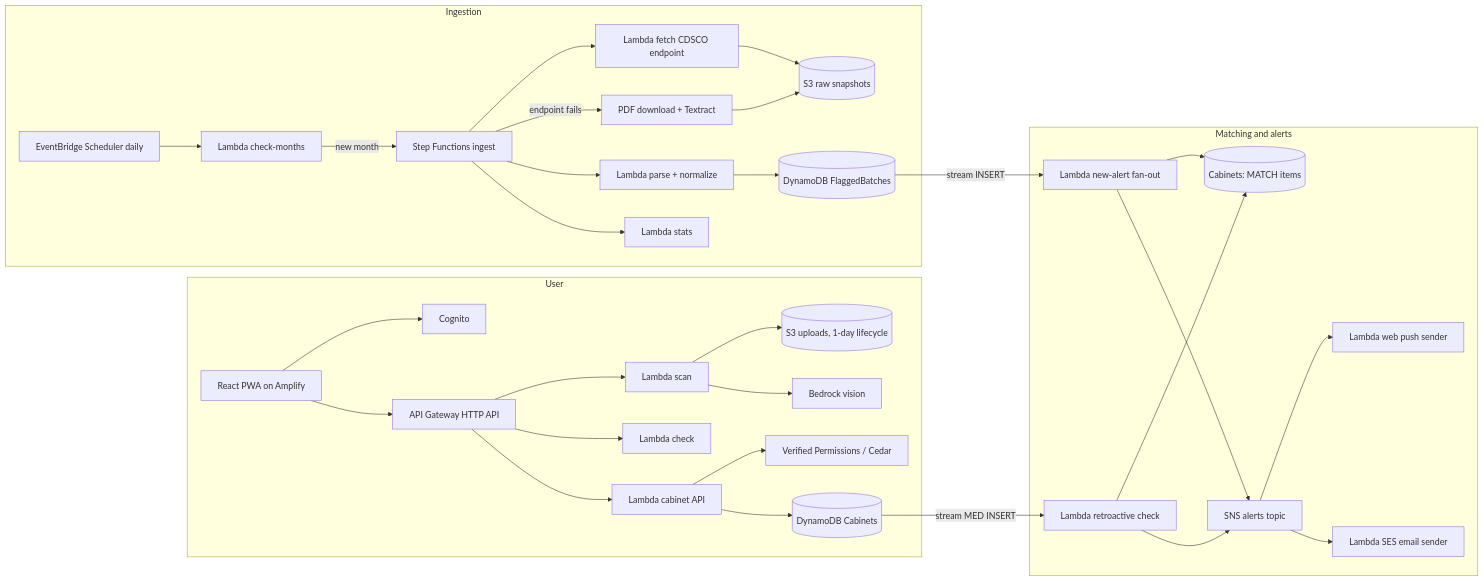
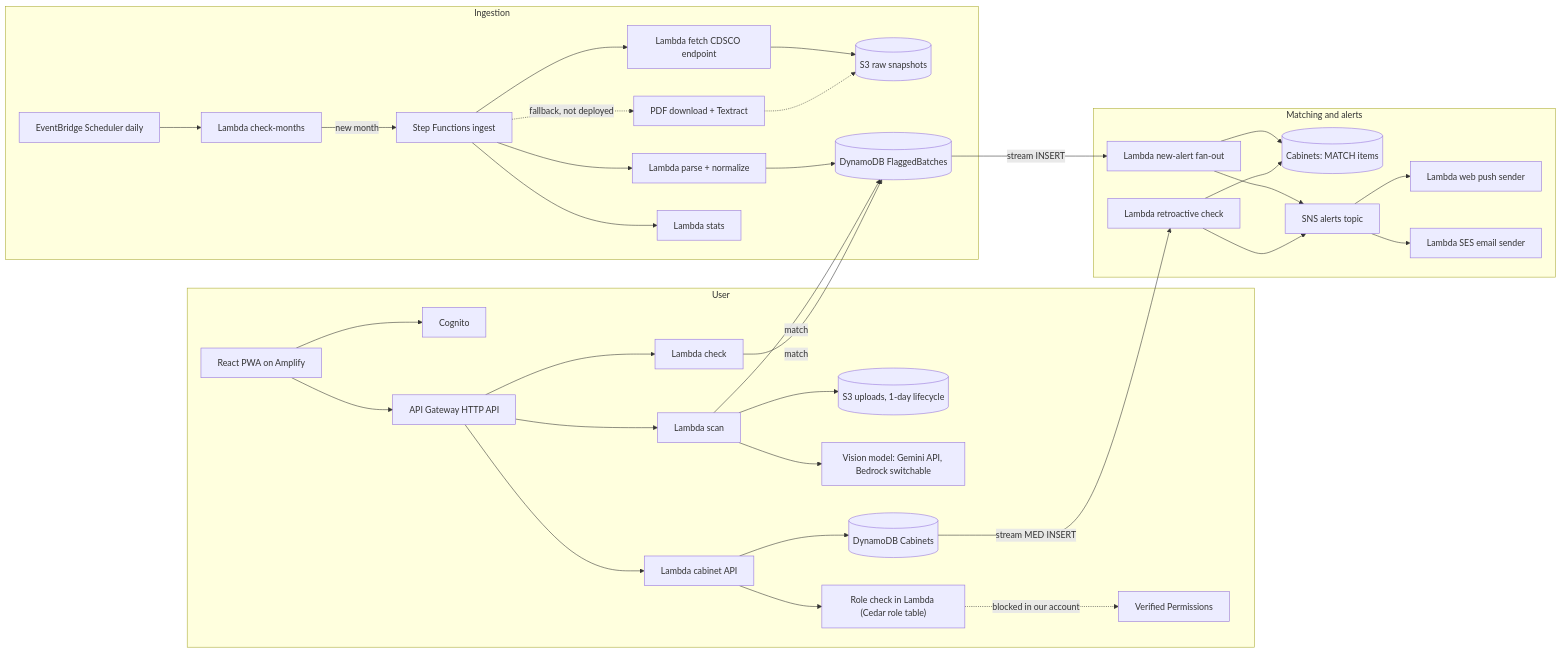
The diagram in README.md (Bhaskar-kumar-arya/asli), drawn with Mermaid before and after one commit. The commit also changed other lines of this file and 2 other files, not shown here.

First line of the commit message:
docs(README): explain the architecture in depth and correct the diagram

````diff
--- a/README.md
+++ b/README.md
@@ -63,35 +65,38 @@
 ```mermaid
 flowchart LR
   subgraph Ingestion
     SCH[EventBridge Scheduler daily] --> CHK[Lambda check-months]
     CHK -->|new month| SFN[Step Functions ingest]
     SFN --> FETCH[Lambda fetch CDSCO endpoint]
-    SFN -->|endpoint fails| PDF[PDF download + Textract]
+    SFN -.->|"fallback, not deployed"| PDF["PDF download + Textract"]
     FETCH --> S3R[(S3 raw snapshots)]
-    PDF --> S3R
+    PDF -.-> S3R
     SFN --> PARSE[Lambda parse + normalize]
     PARSE --> FB[(DynamoDB FlaggedBatches)]
     SFN --> STATS[Lambda stats]
   end
   subgraph User
     WEB[React PWA on Amplify] --> COG[Cognito]
     WEB --> API[API Gateway HTTP API]
     API --> SCAN[Lambda scan]
     SCAN --> S3U[(S3 uploads, 1-day lifecycle)]
-    SCAN --> BR2[Bedrock vision]
+    SCAN --> VIS["Vision model: Gemini API, Bedrock switchable"]
+    SCAN -->|match| FB
     API --> CHECK[Lambda check]
+    CHECK -->|match| FB
     API --> CAB[Lambda cabinet API]
-    CAB --> AVP[Verified Permissions / Cedar]
+    CAB --> AUTHZ["Role check in Lambda (Cedar role table)"]
+    AUTHZ -.->|"blocked in our account"| AVP[Verified Permissions]
     CAB --> CT[(DynamoDB Cabinets)]
   end
   subgraph Matching and alerts
     FB -->|stream INSERT| FAN[Lambda new-alert fan-out]
     CT -->|stream MED INSERT| RETRO[Lambda retroactive check]
     FAN --> MT[(Cabinets: MATCH items)]
     RETRO --> MT
     FAN --> SNS[SNS alerts topic]
     RETRO --> SNS
     SNS --> PUSH[Lambda web push sender]
     SNS --> MAIL[Lambda SES email sender]
   end
 ```
````
